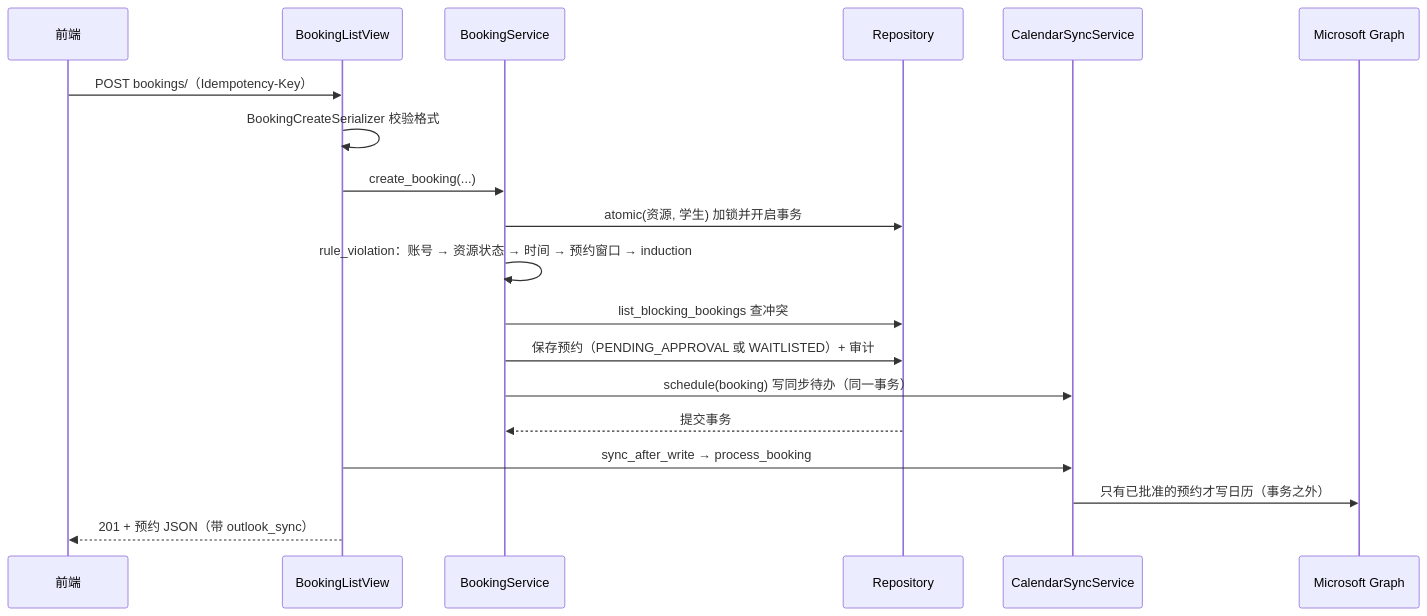
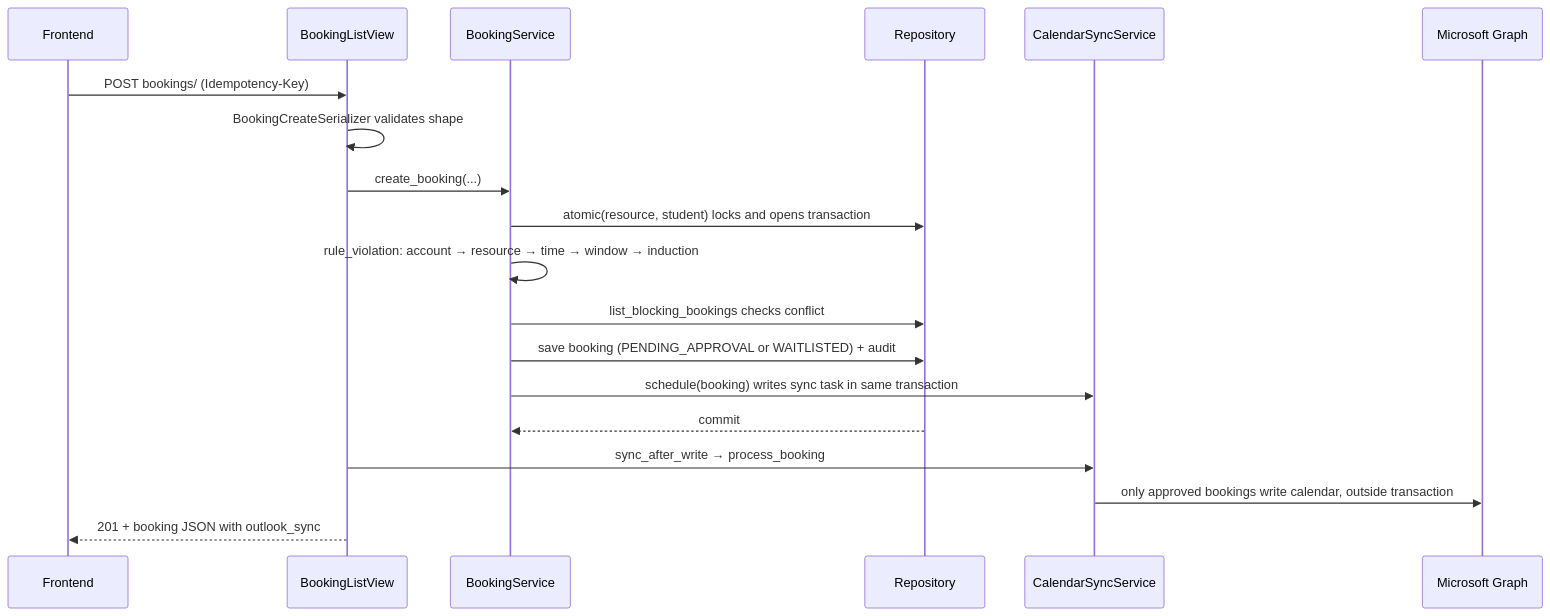
The second of 2 diagrams in ARCHITECTURE.md (loy3z/SmartLab), drawn with Mermaid before and after one commit. The commit also changed other lines of this file and 14 other files, not shown here.

````diff
--- a/ARCHITECTURE.md
+++ b/ARCHITECTURE.md
@@ -108,21 +111,21 @@
 ```mermaid
 sequenceDiagram
-    participant F as 前端
+    participant F as Frontend
     participant V as BookingListView
     participant S as BookingService
     participant R as Repository
     participant C as CalendarSyncService
     participant G as Microsoft Graph
-    F->>V: POST bookings/（Idempotency-Key）
-    V->>V: BookingCreateSerializer 校验格式
+    F->>V: POST bookings/ (Idempotency-Key)
+    V->>V: BookingCreateSerializer validates shape
     V->>S: create_booking(...)
-    S->>R: atomic(资源, 学生) 加锁并开启事务
-    S->>S: rule_violation：账号 → 资源状态 → 时间 → 预约窗口 → induction
-    S->>R: list_blocking_bookings 查冲突
-    S->>R: 保存预约（PENDING_APPROVAL 或 WAITLISTED）+ 审计
-    S->>C: schedule(booking) 写同步待办（同一事务）
-    R-->>S: 提交事务
+    S->>R: atomic(resource, student) locks and opens transaction
+    S->>S: rule_violation: account → resource → time → window → induction
+    S->>R: list_blocking_bookings checks conflict
+    S->>R: save booking (PENDING_APPROVAL or WAITLISTED) + audit
+    S->>C: schedule(booking) writes sync task in same transaction
+    R-->>S: commit
     V->>C: sync_after_write → process_booking
-    C->>G: 只有已批准的预约才写日历（事务之外）
-    V-->>F: 201 + 预约 JSON（带 outlook_sync）
+    C->>G: only approved bookings write calendar, outside transaction
+    V-->>F: 201 + booking JSON with outlook_sync
 ```
````
